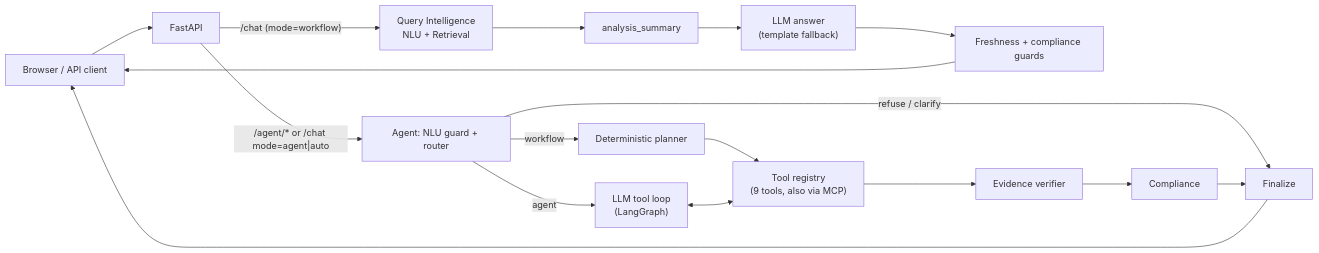
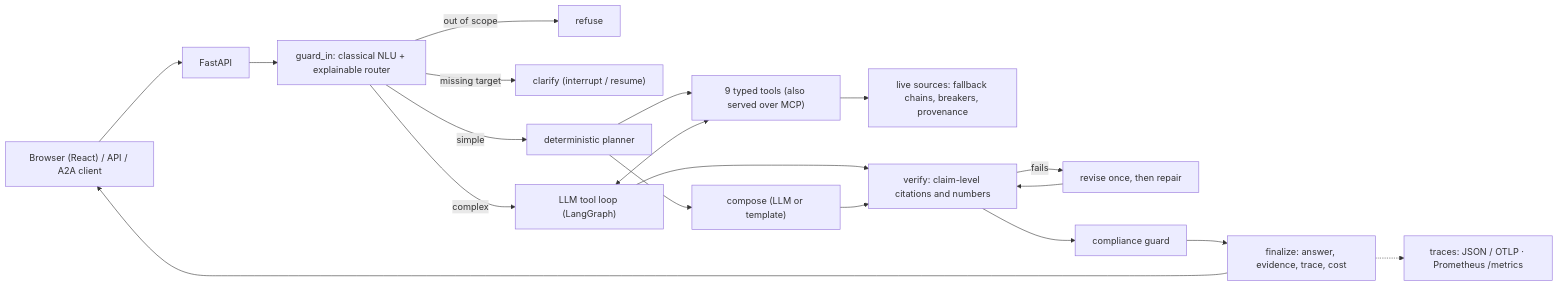
The diagram in README.md (beautifulrem/FinSight), drawn with Mermaid before and after one commit. The commit also changed other lines of this file and 5 other files, not shown here.

````diff
--- a/README.md
+++ b/README.md
@@ -38,11 +61,19 @@
 ```mermaid
 flowchart LR
-  A["Browser / API client"] --> B["FastAPI"]
-  B -->|"/chat (mode=workflow)"| C["Query Intelligence<br/>NLU + Retrieval"]
-  C --> D["analysis_summary"] --> G["LLM answer<br/>(template fallback)"] --> H["Freshness + compliance guards"] --> A
-  B -->|"/agent/* or /chat mode=agent|auto"| R["Agent: NLU guard + router"]
-  R -->|refuse / clarify| F["Finalize"]
-  R -->|workflow| P["Deterministic planner"] --> T["Tool registry<br/>(9 tools, also via MCP)"]
-  R -->|agent| L["LLM tool loop<br/>(LangGraph)"] <--> T
-  T --> V["Evidence verifier"] --> K["Compliance"] --> F --> A
+  U["Browser (React) / API / A2A client"] --> API["FastAPI"]
+  API --> G["guard_in: classical NLU + explainable router"]
+  G -->|out of scope| RF["refuse"]
+  G -->|missing target| CL["clarify (interrupt / resume)"]
+  G -->|simple| WF["deterministic planner"]
+  G -->|complex| AL["LLM tool loop (LangGraph)"]
+  WF --> T["9 typed tools (also served over MCP)"]
+  AL <--> T
+  T --> DS["live sources: fallback chains, breakers, provenance"]
+  WF --> C["compose (LLM or template)"]
+  AL --> V["verify: claim-level citations and numbers"]
+  C --> V
+  V -->|fails| RV["revise once, then repair"] --> V
+  V --> K["compliance guard"] --> F["finalize: answer, evidence, trace, cost"]
+  F --> U
+  F -.-> O["traces: JSON / OTLP · Prometheus /metrics"]
 ```
````
